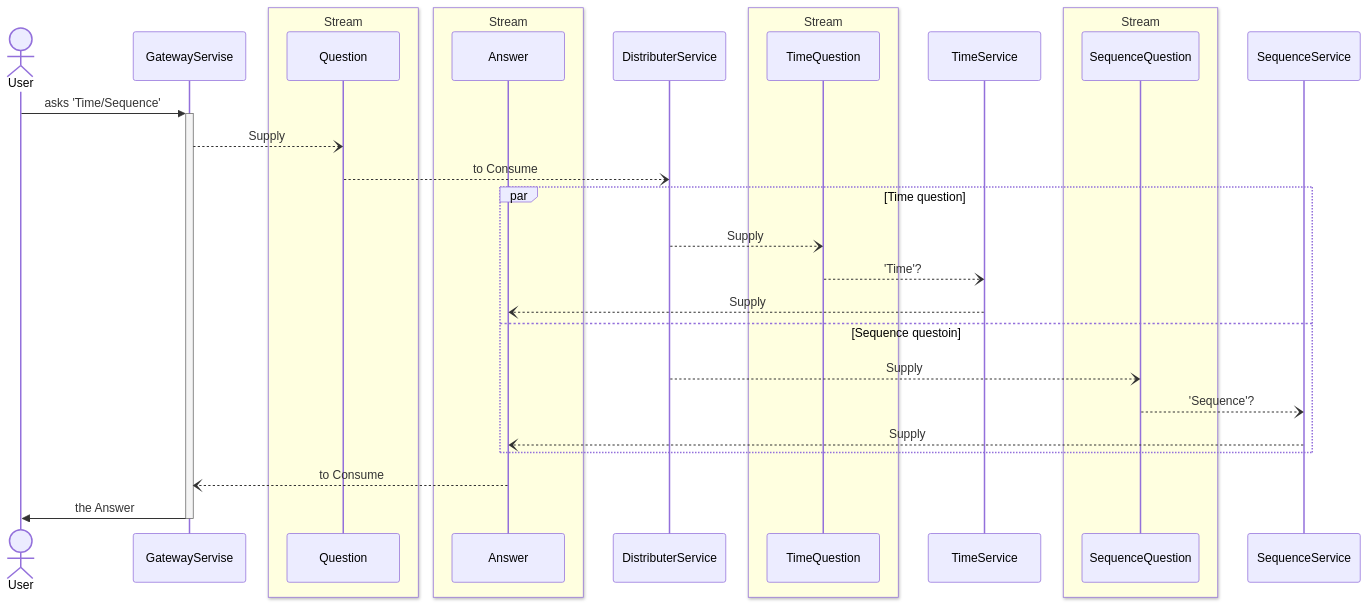
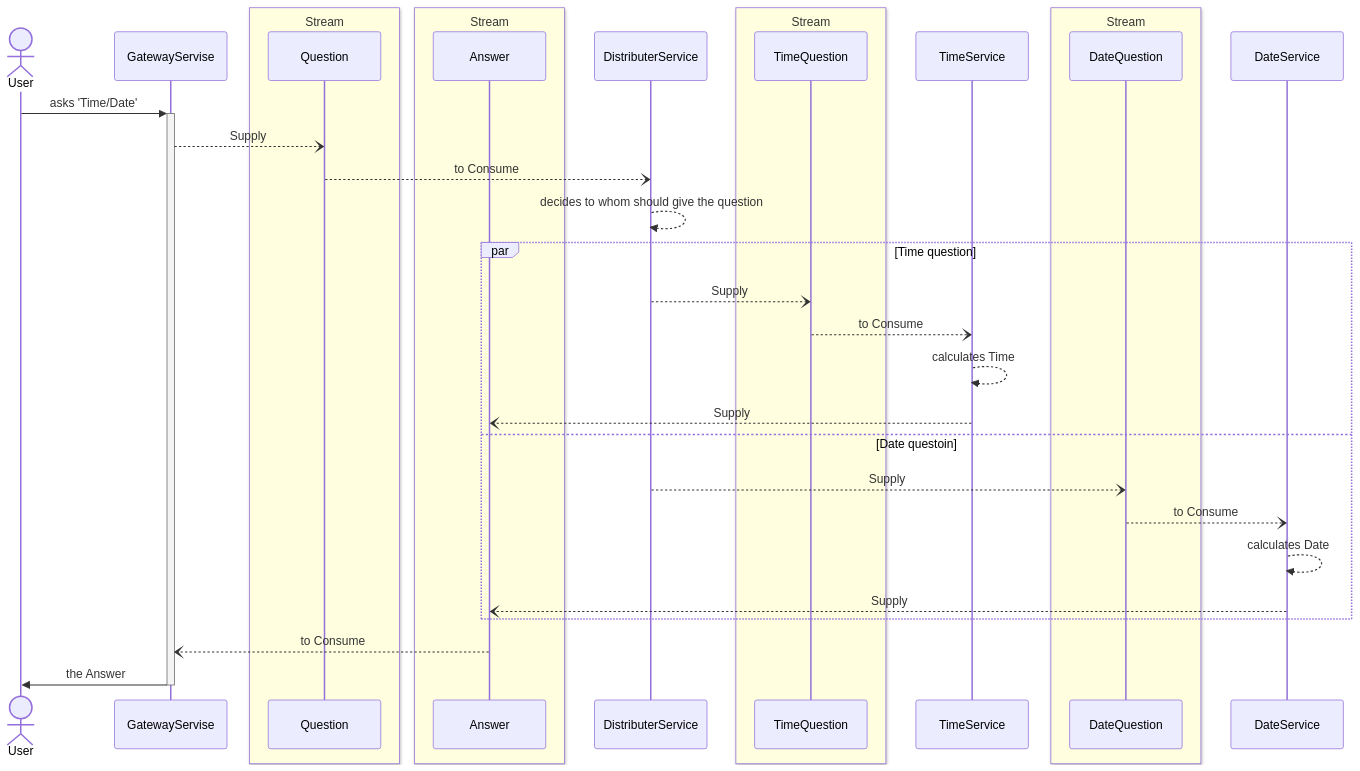
Before and after one commit to gilmardcom/spring-cloud-stream: the diagram in doc/system-landscape.mmd, drawn with Mermaid. The commit also changed 1 other file, not shown here.

```diff
--- a/doc/system-landscape.mmd
+++ b/doc/system-landscape.mmd
@@ -1,32 +1,35 @@
 sequenceDiagram
     actor User
     participant GatewayServise
     box LightYellow Stream
     participant Question
     end
     box LightYellow Stream
     participant Answer
     end
     participant DistributerService
     box LightYellow Stream
     participant TimeQuestion
     end
     participant TimeService
     box LightYellow Stream
-    participant SequenceQuestion
+    participant DateQuestion
     end
-    participant SequenceService
-    User->>+GatewayServise : asks 'Time/Sequence'
+    participant DateService
+    User->>+GatewayServise : asks 'Time/Date'
     GatewayServise--)Question : Supply
     Question--)DistributerService : to Consume
+    DistributerService-->>DistributerService : decides to whom should give the question
     par Time question
         DistributerService--)TimeQuestion : Supply
-        TimeQuestion--)TimeService : 'Time'?
+        TimeQuestion--)TimeService : to Consume
+        TimeService-->>TimeService : calculates Time
         TimeService--)Answer : Supply
-    and Sequence questoin
-        DistributerService--)SequenceQuestion : Supply
-        SequenceQuestion--)SequenceService : 'Sequence'?
-        SequenceService--)Answer : Supply    
+    and Date questoin
+        DistributerService--)DateQuestion : Supply
+        DateQuestion--)DateService : to Consume
+        DateService-->>DateService : calculates Date
+        DateService--)Answer : Supply    
     end
     Answer--)GatewayServise : to Consume
     GatewayServise->>-User : the Answer
```
